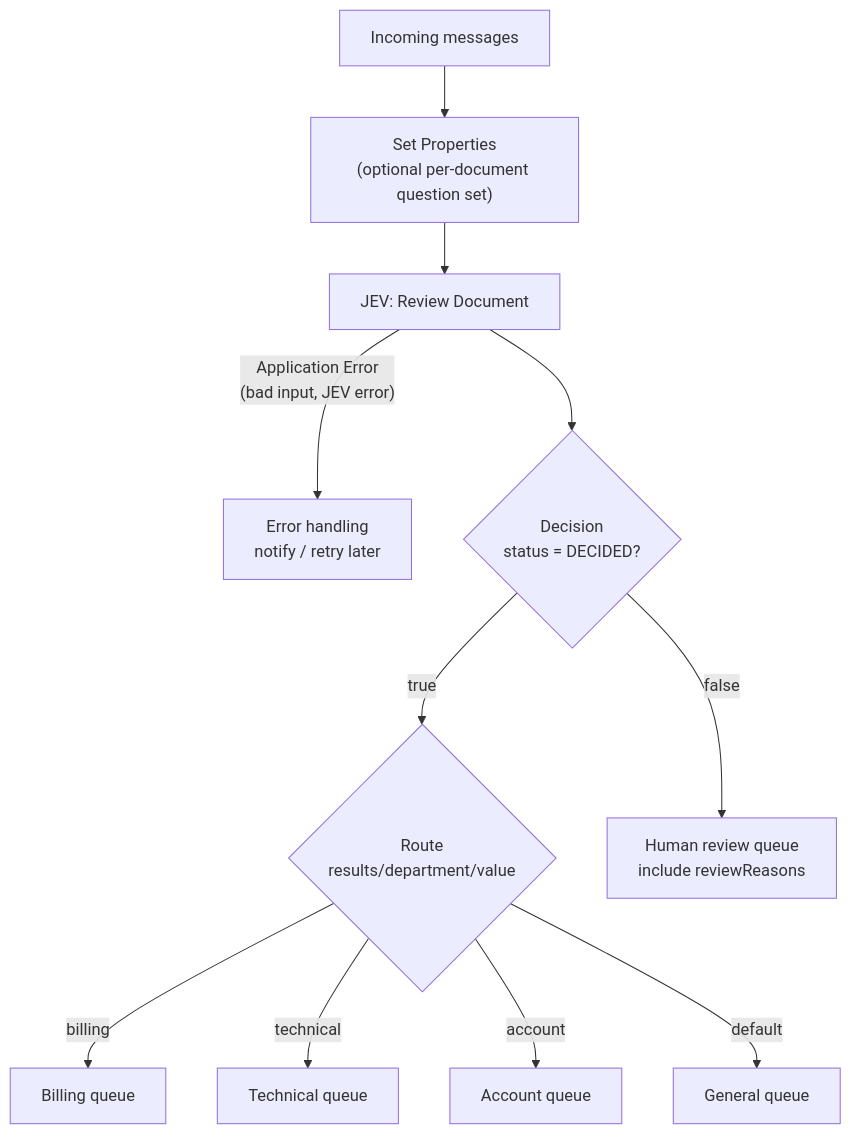
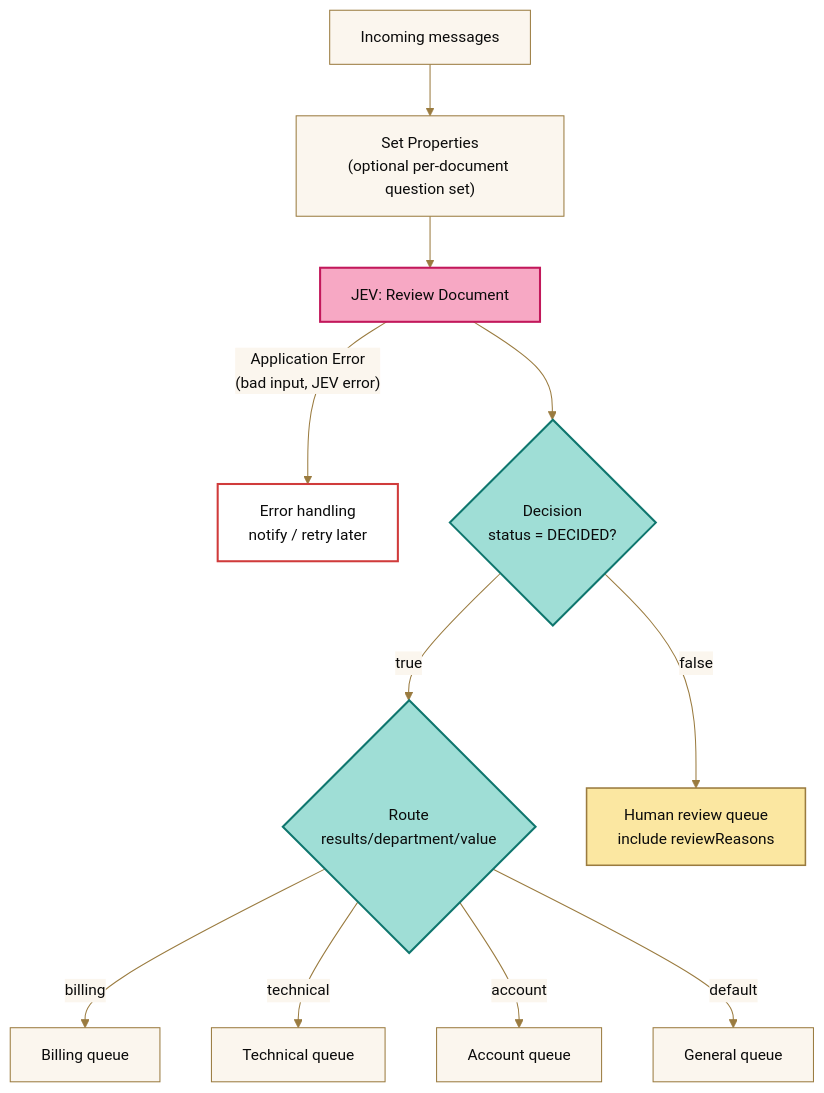
One commit to brianbrinley/BoomiCustomConnectors changed the third of 5 diagrams in jev-connector/README.md. Above: the diagram before and after it, drawn with Mermaid. The commit also changed other lines of this file and 12 other files, not shown here.

````diff
--- a/jev-connector/README.md
+++ b/jev-connector/README.md
@@ -291,13 +313,23 @@
 ```mermaid
+%%{init: {"theme": "base", "fontFamily": "Josefin Sans, trebuchet ms, verdana, arial, sans-serif", "themeVariables": {"fontSize": "15px", "background": "#FBF6EE", "primaryColor": "#FBF6EE", "primaryTextColor": "#0B0B0B", "primaryBorderColor": "#9A7B3F", "lineColor": "#9A7B3F", "textColor": "#0B0B0B", "secondaryColor": "#9FDED6", "tertiaryColor": "#FBE7A1", "edgeLabelBackground": "#FBF6EE", "clusterBkg": "#FBF6EE", "clusterBorder": "#9A7B3F", "actorBkg": "#F7A8C4", "actorBorder": "#C2185B", "actorTextColor": "#0B0B0B", "actorLineColor": "#9A7B3F", "signalColor": "#0B0B0B", "signalTextColor": "#0B0B0B", "labelBoxBkgColor": "#FBE7A1", "labelBoxBorderColor": "#9A7B3F", "labelTextColor": "#0B0B0B", "loopTextColor": "#0B0B0B", "noteBkgColor": "#FBE7A1", "noteBorderColor": "#9A7B3F", "noteTextColor": "#0B0B0B", "activationBkgColor": "#9FDED6", "activationBorderColor": "#0F766E", "sequenceNumberColor": "#FBF6EE"}}}%%
 flowchart TD
     IN["Incoming messages"] --> SP["Set Properties<br/>(optional per-document question set)"]
     SP --> JEV["JEV: Review Document"]
     JEV -->|"Application Error<br/>(bad input, JEV error)"| ERR["Error handling<br/>notify / retry later"]
     JEV --> DEC{"Decision<br/>status = DECIDED?"}
     DEC -->|true| RT{"Route<br/>results/department/value"}
     DEC -->|false| REV["Human review queue<br/>include reviewReasons"]
     RT -->|billing| B["Billing queue"]
     RT -->|technical| T["Technical queue"]
     RT -->|account| AC["Account queue"]
     RT -->|default| G["General queue"]
+    class JEV focus
+    class DEC,RT decision
+    class REV highlight
+    class ERR error
+    classDef focus fill:#F7A8C4,stroke:#C2185B,stroke-width:2px,color:#0B0B0B
+    classDef decision fill:#9FDED6,stroke:#0F766E,stroke-width:2px,color:#0B0B0B
+    classDef highlight fill:#FBE7A1,stroke:#9A7B3F,stroke-width:1.5px,color:#0B0B0B
+    classDef external fill:#FFFFFF,stroke:#0F766E,stroke-width:1.5px,stroke-dasharray:5 3,color:#0B0B0B
+    classDef error fill:#FFFFFF,stroke:#D03B3B,stroke-width:2px,color:#0B0B0B
 ```
````
